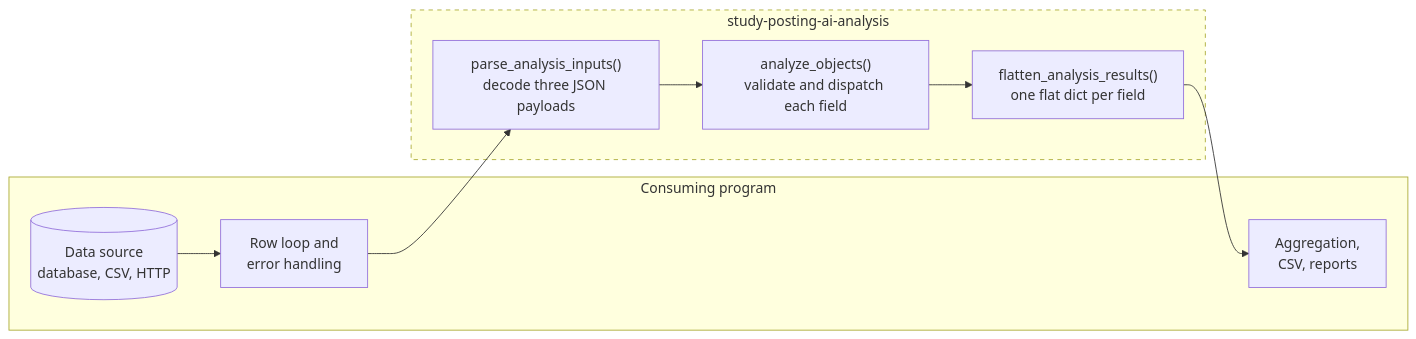
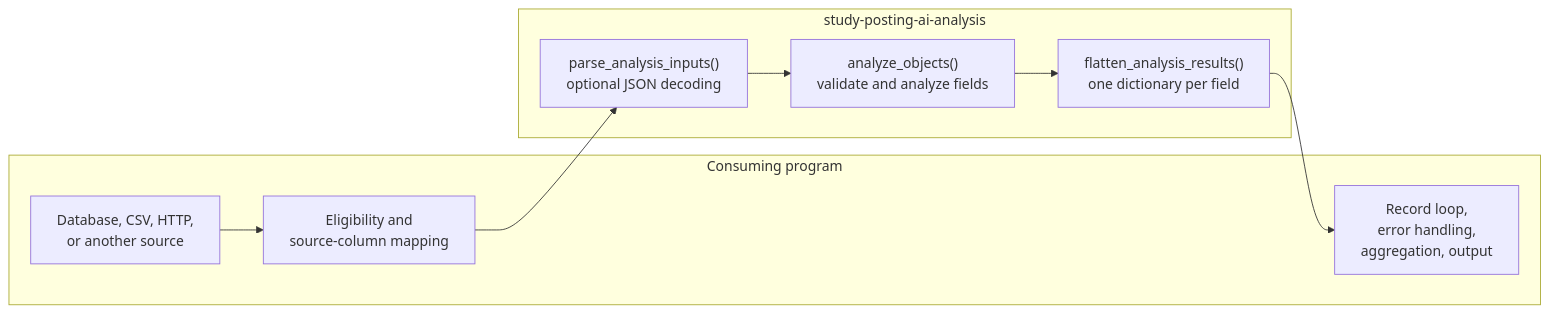
Before and after one commit to umich-michr/michr-scripts: the first of 10 diagrams in python/packages/study-posting-ai-analysis/docs/program-flow.md, drawn with Mermaid. The commit also changed other lines of this file and 20 other files, not shown here.

````diff
--- a/python/packages/study-posting-ai-analysis/docs/program-flow.md
+++ b/python/packages/study-posting-ai-analysis/docs/program-flow.md
@@ -17,20 +22,18 @@
 ```mermaid
 flowchart LR
     subgraph Consumer["Consuming program"]
-        SOURCE[("Data source<br/>database, CSV, HTTP")]
-        LOOP["Row loop and<br/>error handling"]
-        OUTPUT["Aggregation,<br/>CSV, reports"]
+        SOURCE["Database, CSV, HTTP,<br/>or another source"]
+        SELECT["Eligibility and<br/>source-column mapping"]
+        HANDLE["Record loop,<br/>error handling,<br/>aggregation, output"]
     end
 
-    subgraph Library["study-posting-ai-analysis"]
-        PARSE["parse_analysis_inputs()<br/>decode three JSON payloads"]
-        ANALYZE["analyze_objects()<br/>validate and dispatch each field"]
-        FLATTEN["flatten_analysis_results()<br/>one flat dict per field"]
+    subgraph Study["study-posting-ai-analysis"]
+        PARSE["parse_analysis_inputs()<br/>optional JSON decoding"]
+        ANALYZE["analyze_objects()<br/>validate and analyze fields"]
+        FLATTEN["flatten_analysis_results()<br/>one dictionary per field"]
     end
 
-    SOURCE --> LOOP
-    LOOP --> PARSE --> ANALYZE --> FLATTEN
-    FLATTEN --> OUTPUT
-
-    style Library stroke-dasharray: 5 5
+    SOURCE --> SELECT --> PARSE
+    PARSE --> ANALYZE --> FLATTEN
+    FLATTEN --> HANDLE
 ```
````
